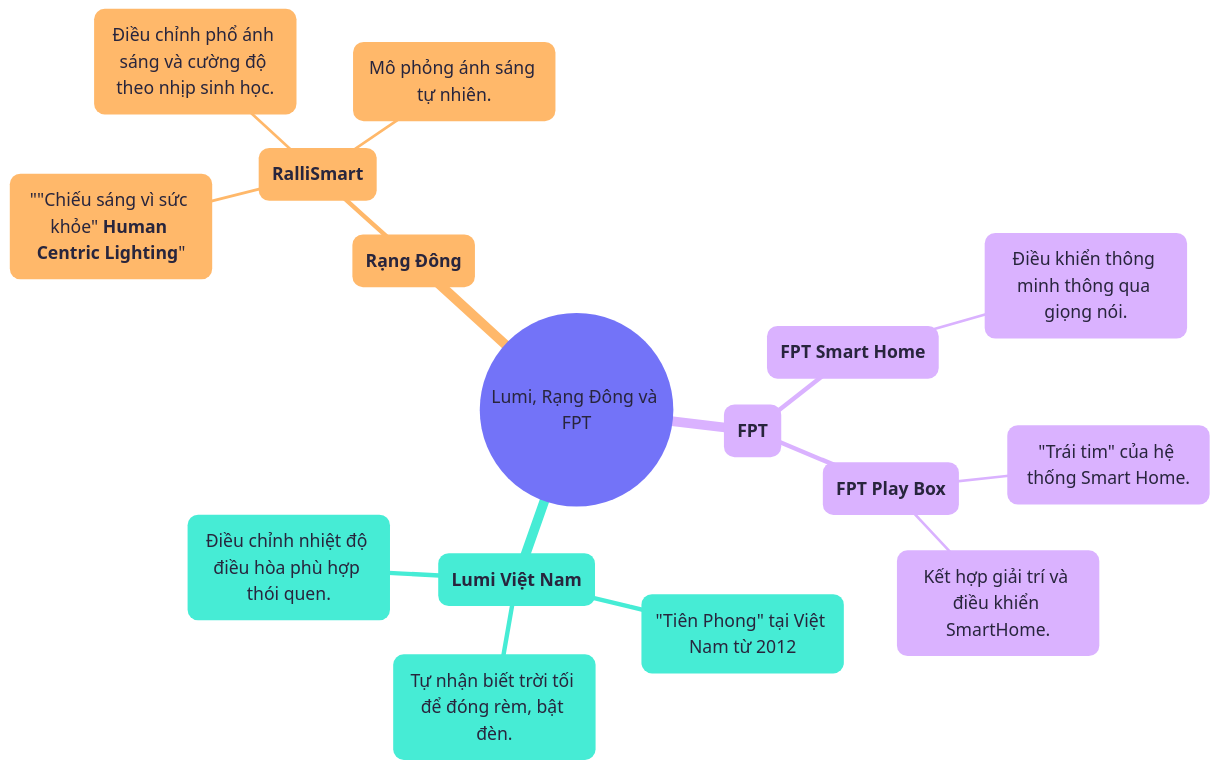
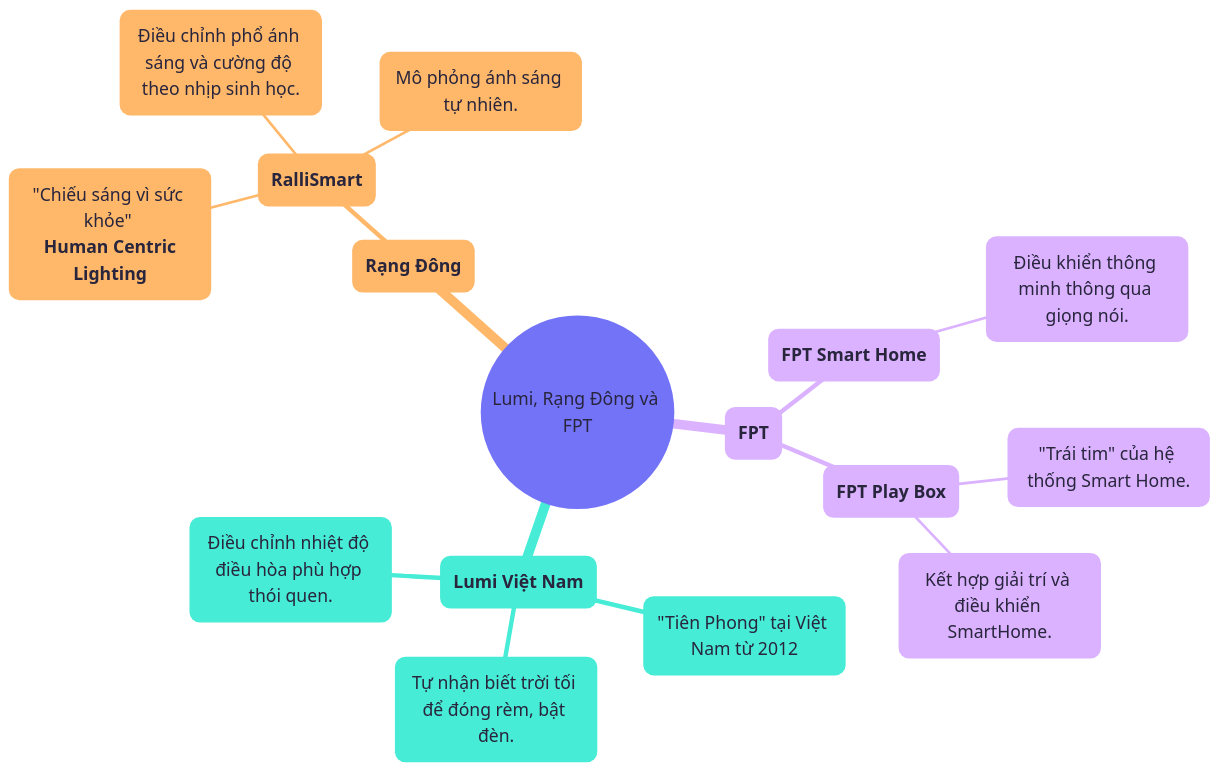
One commit to sam-uit/typst-report-template changed the diagram in content/diagrams/chapter02-lumi-rang-dong-va-fpt.mmd. Above: the diagram before and after it, drawn with Mermaid.

```diff
--- a/content/diagrams/chapter02-lumi-rang-dong-va-fpt.mmd
+++ b/content/diagrams/chapter02-lumi-rang-dong-va-fpt.mmd
@@ -1,24 +1,24 @@
 ---
 config:
   theme: redux-color
   themeVariables:
     fontFamily: Google Sans
     fontSize: 20px
 ---
 mindmap
   root(("Lumi, Rạng Đông và FPT"))
     ("**Lumi Việt Nam**")
       "Tiên Phong" tại Việt Nam từ 2012
       Tự nhận biết trời tối để đóng rèm, bật đèn.
       Điều chỉnh nhiệt độ điều hòa phù hợp thói quen.
     ("**Rạng Đông**")
       ("**RalliSmart**")
-        "#quot;Chiếu sáng vì sức khỏe#quot; **Human Centric Lighting**"
+        "Chiếu sáng vì sức khỏe" <br/> **Human Centric Lighting**
         Điều chỉnh phổ ánh sáng và cường độ theo nhịp sinh học.
         Mô phỏng ánh sáng tự nhiên.
     ("**FPT**")
       ("**FPT Smart Home**")
         Điều khiển thông minh thông qua giọng nói.
       ("**FPT Play Box**")
         "Trái tim" của hệ thống Smart Home.
         Kết hợp giải trí và điều khiển SmartHome.
```
